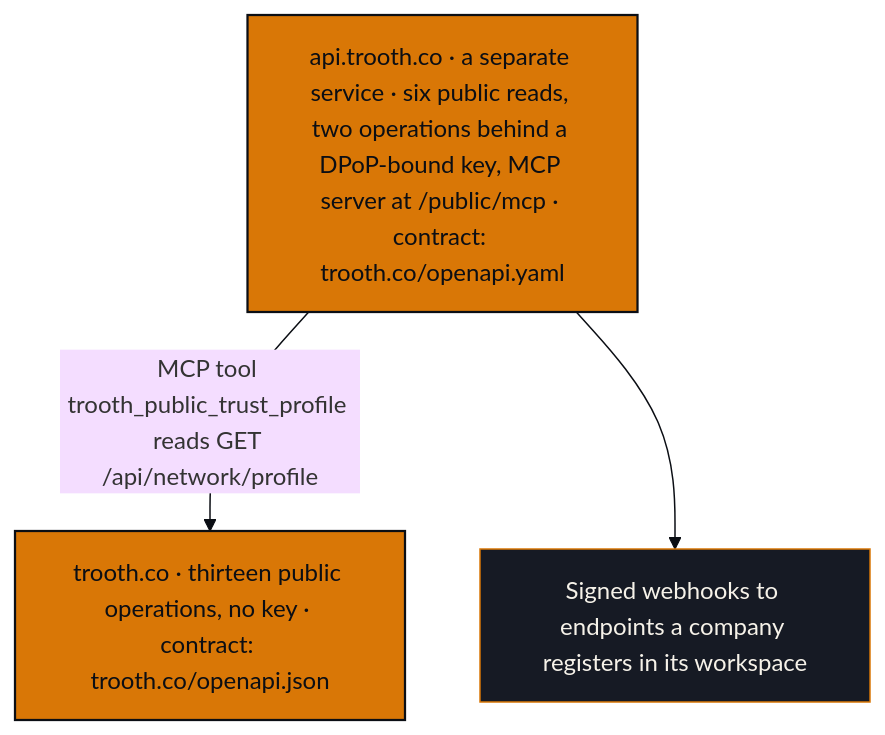
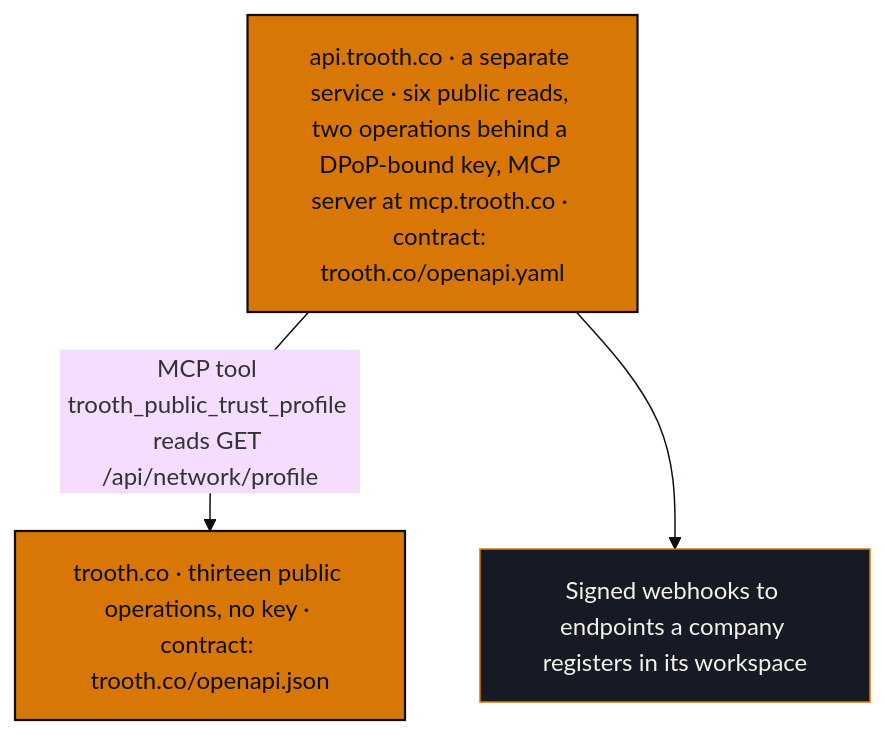
The diagram in docs/ARCHITECTURE.md (troothllc/trooth-openapi), drawn with Mermaid before and after one commit. The commit also changed other lines of this file and 2 other files, not shown here.

Commit message:
The served contracts, as trooth.co serves them on 2026-11-23
spec-lint #43 drift failed: spec/openapi.json dated from 2026-11-09. The served
openapi.json now names the MCP server at https://mcp.trooth.co and states the
domain-proof rules in full (domain_email_code to the admin mailboxes, kept 398
days; identity_provider_sign_in only for an organization's confirmed domain).
openapi.yaml is unchanged. ARCHITECTURE.md names the MCP server at mcp.trooth.co.

````diff
--- a/docs/ARCHITECTURE.md
+++ b/docs/ARCHITECTURE.md
@@ -8,11 +8,11 @@
 ```mermaid
 %%{init: {'theme':'base','themeVariables':{'fontFamily':'IBM Plex Mono, monospace','clusterBkg':'#f6f2e9','clusterBorder':'#0b0e14','titleColor':'#0b0e14','textColor':'#0b0e14','lineColor':'#0b0e14'}}}%%
 flowchart TB
   WEB["trooth.co · thirteen public operations, no key · contract: trooth.co/openapi.json"]:::api
-  API["api.trooth.co · a separate service · six public reads, two operations behind a DPoP-bound key, MCP server at /public/mcp · contract: trooth.co/openapi.yaml"]:::api
+  API["api.trooth.co · a separate service · six public reads, two operations behind a DPoP-bound key, MCP server at mcp.trooth.co · contract: trooth.co/openapi.yaml"]:::api
   API -- "MCP tool trooth_public_trust_profile reads GET /api/network/profile" --> WEB
   API --> HOOK["Signed webhooks to endpoints a company registers in its workspace"]:::dark
 
   classDef api fill:#d97706,stroke:#0b0e14,stroke-width:1.5px,color:#0b0e14;
   classDef dark fill:#161a24,stroke:#d97706,color:#f6f2e9;
 ```
````
